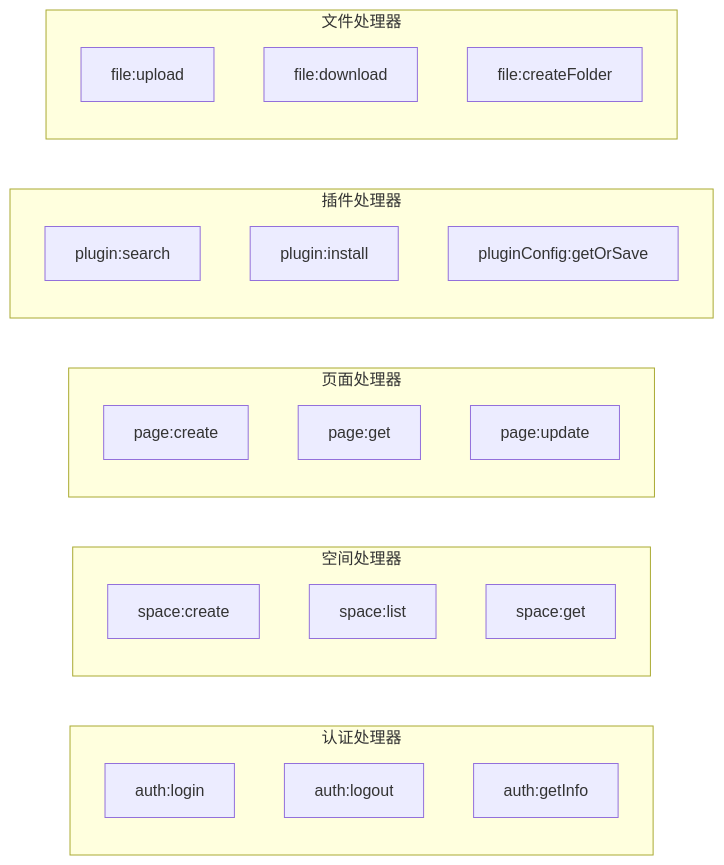
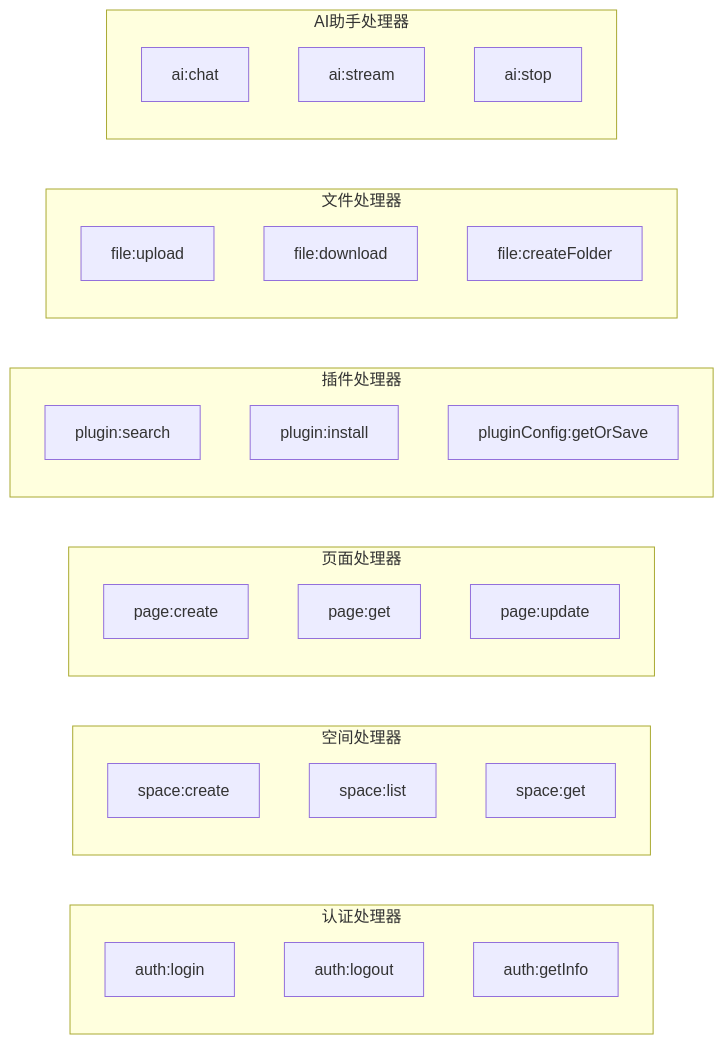
The seventh of 15 diagrams in .qoder/repowiki/zh/content/功能模块/AI插件/AI助手面板系统.md (LRF0422/Kotion), drawn with Mermaid before and after one commit. The commit also changed other lines of this file and 22 other files, not shown here.

````diff
--- a/.qoder/repowiki/zh/content/功能模块/AI插件/AI助手面板系统.md
+++ b/.qoder/repowiki/zh/content/功能模块/AI插件/AI助手面板系统.md
@@ -330,28 +397,33 @@
 ```mermaid
 graph LR
 subgraph "认证处理器"
 AuthLogin[auth:login]
 AuthLogout[auth:logout]
 AuthInfo[auth:getInfo]
 end
 subgraph "空间处理器"
 SpaceCreate[space:create]
 SpaceList[space:list]
 SpaceGet[space:get]
 end
 subgraph "页面处理器"
 PageCreate[page:create]
 PageGet[page:get]
 PageUpdate[page:update]
 end
 subgraph "插件处理器"
 PluginSearch[plugin:search]
 PluginInstall[plugin:install]
 PluginConfig[pluginConfig:getOrSave]
 end
 subgraph "文件处理器"
 FileUpload[file:upload]
 FileDownload[file:download]
 FileCreate[file:createFolder]
 end
+subgraph "AI助手处理器"
+AIChat[ai:chat]
+AIStream[ai:stream]
+AIStop[ai:stop]
+end
 ```
````
